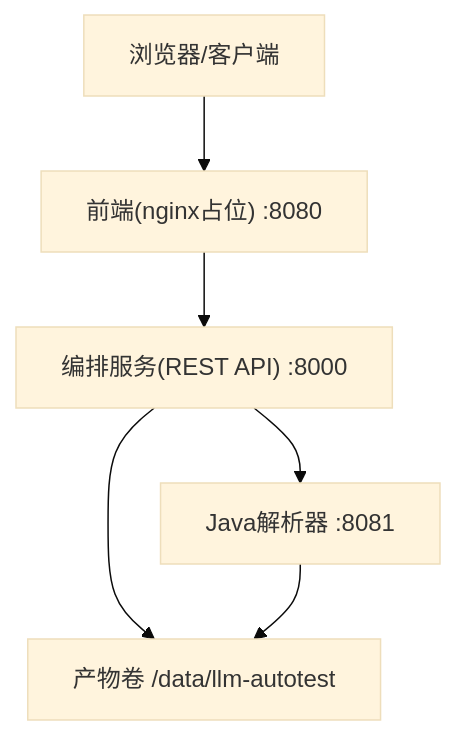
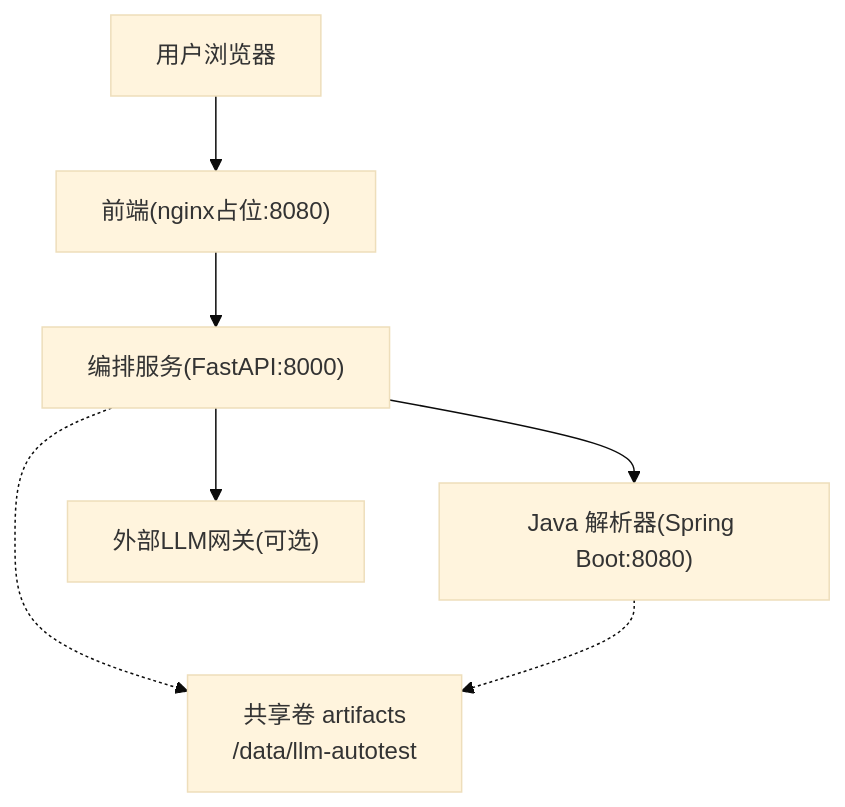
One commit to Joeyzheng001/LLM-AutoTest changed the first of 3 diagrams in .qoder/repowiki/zh/content/快速开始.md. Above: the diagram before and after it, drawn with Mermaid (base theme). The commit also changed other lines of this file and 186 other files, not shown here.

````diff
--- a/.qoder/repowiki/zh/content/快速开始.md
+++ b/.qoder/repowiki/zh/content/快速开始.md
@@ -153,8 +49,9 @@
 ```mermaid
 graph TB
-Client["浏览器/客户端"] --> Frontend["前端(nginx占位) :8080"]
-Frontend --> Orchestrator["编排服务(REST API) :8000"]
-Orchestrator --> JavaParser["Java解析器 :8081"]
-Orchestrator --> Artifacts["产物卷 /data/llm-autotest"]
-JavaParser --> Artifacts
+A["用户浏览器"] --> B["前端(nginx占位:8080)"]
+B --> C["编排服务(FastAPI:8000)"]
+C --> D["Java 解析器(Spring Boot:8080)"]
+C --> E["外部LLM网关(可选)"]
+C -.-> F["共享卷 artifacts<br/>/data/llm-autotest"]
+D -.-> F
 ```
````
